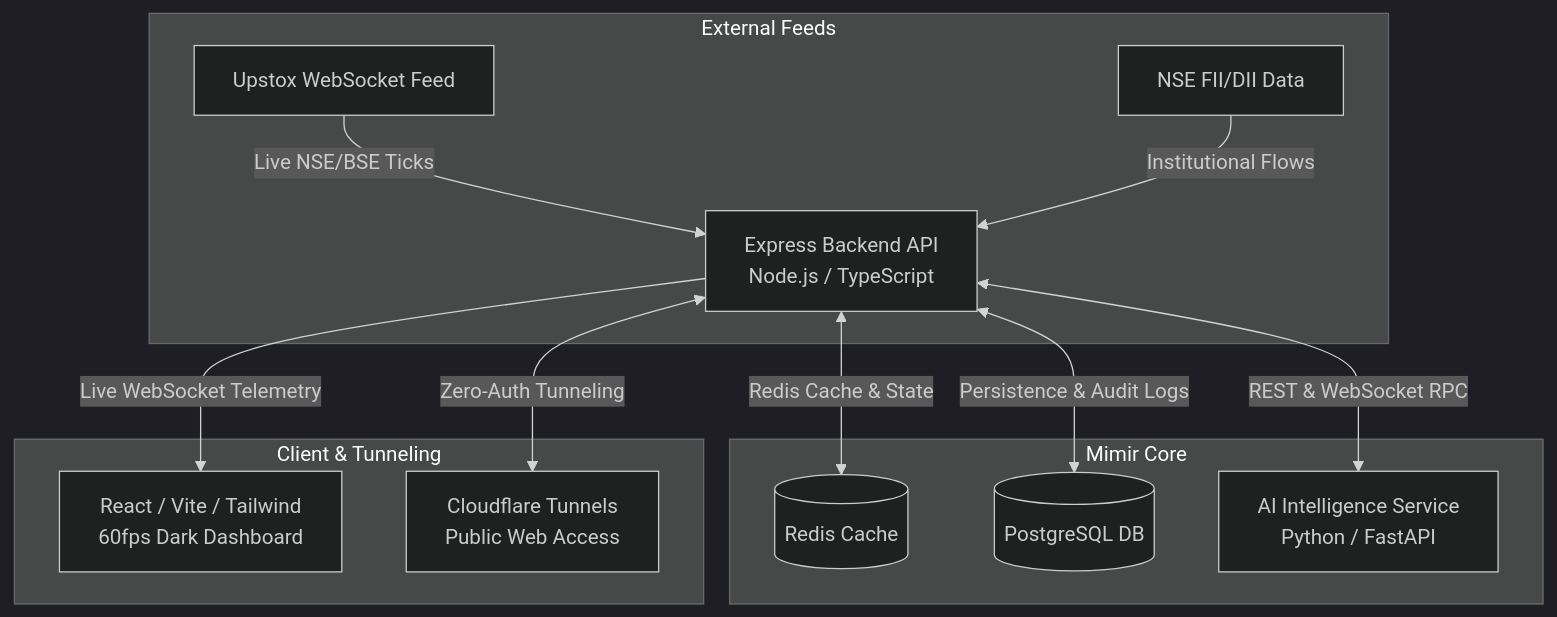
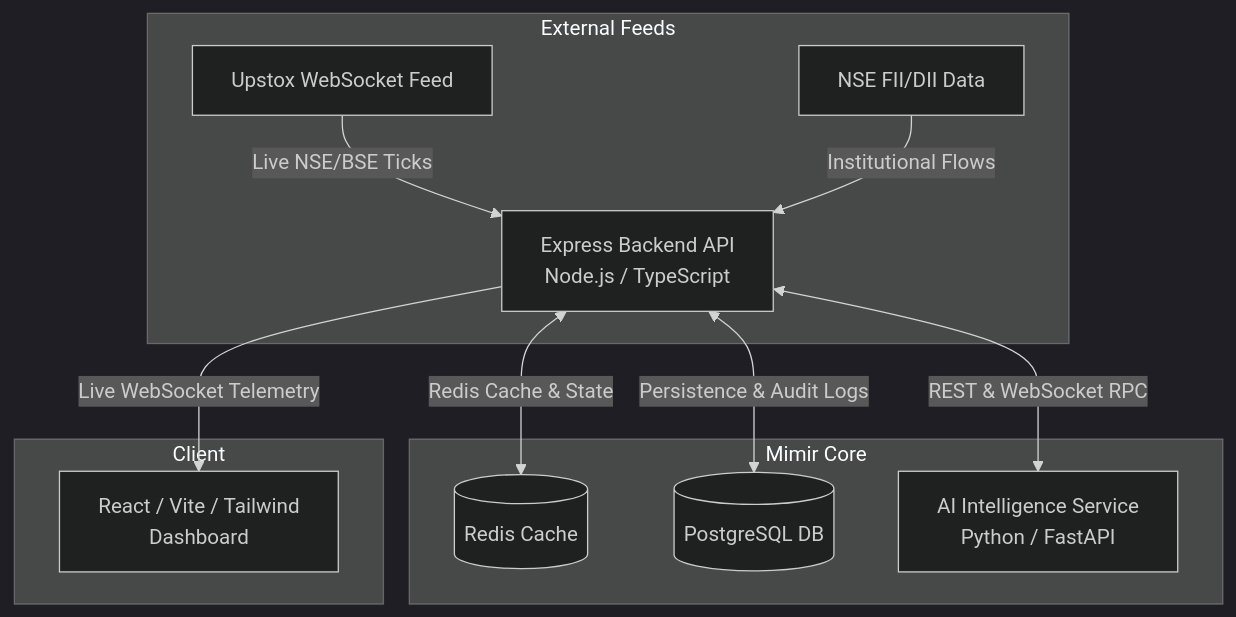
One commit to Scifi-ally/Mimir changed the diagram in README.md. Above: the diagram before and after it, drawn with Mermaid (dark theme). The commit also changed other lines of this file and 6 other files, not shown here.

````diff
--- a/README.md
+++ b/README.md
@@ -67,18 +67,17 @@
 ```mermaid
 graph TD
     subgraph External Feeds
         U[Upstox WebSocket Feed] -->|Live NSE/BSE Ticks| B
         F[NSE FII/DII Data] -->|Institutional Flows| B
     end
 
     subgraph Mimir Core
         B[Express Backend API<br/>Node.js / TypeScript] <-->|Redis Cache & State| R[(Redis Cache)]
         B <-->|Persistence & Audit Logs| P[(PostgreSQL DB)]
         B <-->|REST & WebSocket RPC| A[AI Intelligence Service<br/>Python / FastAPI]
     end
 
-    subgraph Client & Tunneling
-        B -->|Live WebSocket Telemetry| W[React / Vite / Tailwind<br/>60fps Dark Dashboard]
-        B <-->|Zero-Auth Tunneling| C[Cloudflare Tunnels<br/>Public Web Access]
+    subgraph Client
+        B -->|Live WebSocket Telemetry| W[React / Vite / Tailwind<br/>Dashboard]
     end
 ```
````
